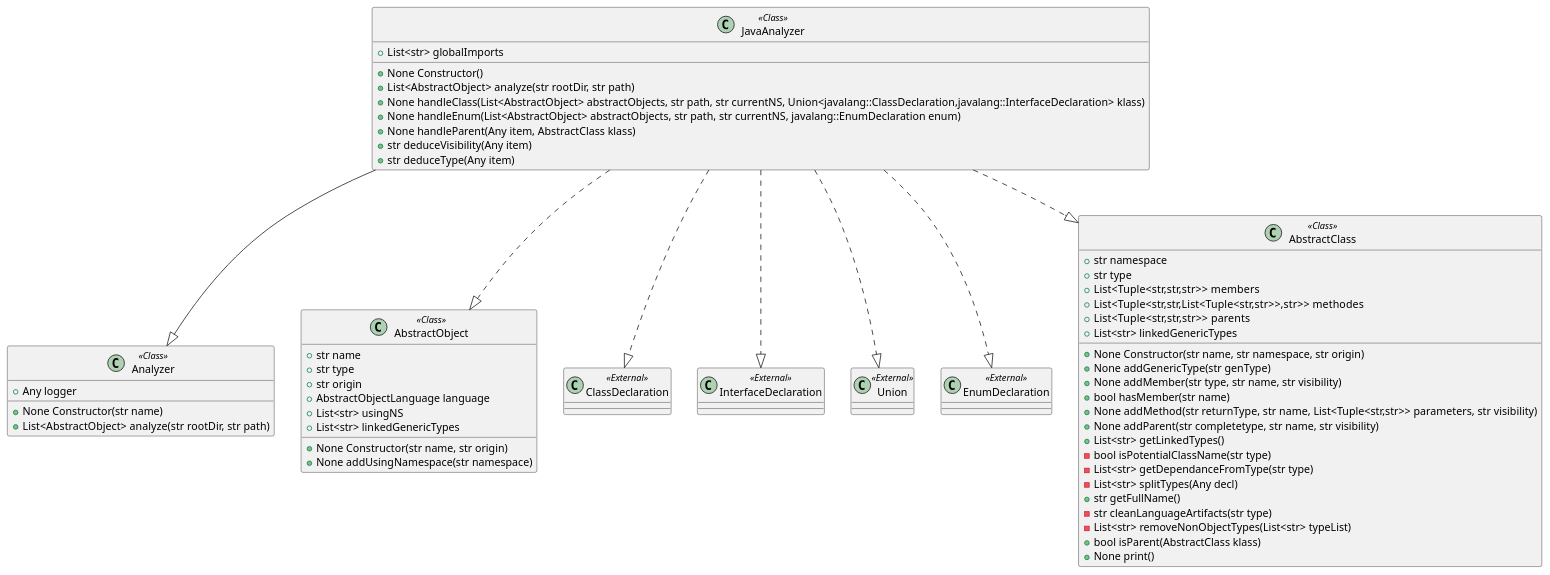
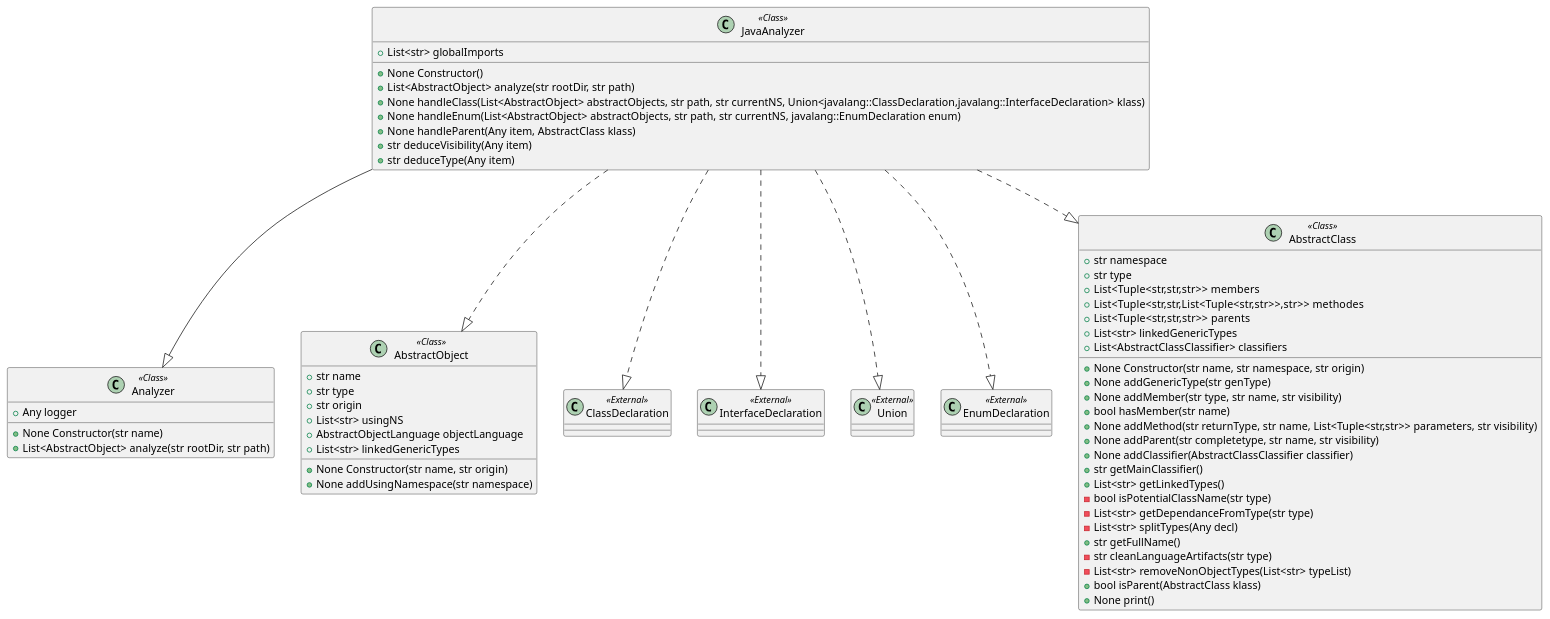
Before and after one commit to miong/pycodeanalyzer: the diagram in docs/source/code/diagrams/pycodeanalyzer_core_languages_analyzers_javaanalyzer_JavaAnalyzer.plantuml, drawn with PlantUML. The commit also changed 60 other files, not shown here.

```diff
--- a/docs/source/code/diagrams/pycodeanalyzer_core_languages_analyzers_javaanalyzer_JavaAnalyzer.plantuml
+++ b/docs/source/code/diagrams/pycodeanalyzer_core_languages_analyzers_javaanalyzer_JavaAnalyzer.plantuml
@@ -1,65 +1,68 @@
 @startuml
 class JavaAnalyzer <<Class>>
 {
 + List<str> globalImports
 +None Constructor()
 +List<AbstractObject> analyze(str rootDir, str path)
 +None handleClass(List<AbstractObject> abstractObjects, str path, str currentNS, Union<javalang::ClassDeclaration,javalang::InterfaceDeclaration> klass)
 +None handleEnum(List<AbstractObject> abstractObjects, str path, str currentNS, javalang::EnumDeclaration enum)
 +None handleParent(Any item, AbstractClass klass)
 +str deduceVisibility(Any item)
 +str deduceType(Any item)
 }
 class Analyzer <<Class>>
 {
 + Any logger
 +None Constructor(str name)
 +List<AbstractObject> analyze(str rootDir, str path)
 }
 class AbstractObject <<Class>>
 {
 + str name
 + str type
 + str origin
-+ AbstractObjectLanguage language
 + List<str> usingNS
++ AbstractObjectLanguage objectLanguage
 + List<str> linkedGenericTypes
 +None Constructor(str name, str origin)
 +None addUsingNamespace(str namespace)
 }
 class ClassDeclaration <<External>>
 class InterfaceDeclaration <<External>>
 class Union <<External>>
 class EnumDeclaration <<External>>
 class AbstractClass <<Class>>
 {
 + str namespace
 + str type
 + List<Tuple<str,str,str>> members
 + List<Tuple<str,str,List<Tuple<str,str>>,str>> methodes
 + List<Tuple<str,str,str>> parents
 + List<str> linkedGenericTypes
++ List<AbstractClassClassifier> classifiers
 +None Constructor(str name, str namespace, str origin)
 +None addGenericType(str genType)
 +None addMember(str type, str name, str visibility)
 +bool hasMember(str name)
 +None addMethod(str returnType, str name, List<Tuple<str,str>> parameters, str visibility)
 +None addParent(str completetype, str name, str visibility)
++None addClassifier(AbstractClassClassifier classifier)
++str getMainClassifier()
 +List<str> getLinkedTypes()
 -bool isPotentialClassName(str type)
 -List<str> getDependanceFromType(str type)
 -List<str> splitTypes(Any decl)
 +str getFullName()
 -str cleanLanguageArtifacts(str type)
 -List<str> removeNonObjectTypes(List<str> typeList)
 +bool isParent(AbstractClass klass)
 +None print()
 }
 JavaAnalyzer --|> Analyzer
 JavaAnalyzer ..|> AbstractObject
 JavaAnalyzer ..|> ClassDeclaration
 JavaAnalyzer ..|> InterfaceDeclaration
 JavaAnalyzer ..|> Union
 JavaAnalyzer ..|> EnumDeclaration
 JavaAnalyzer ..|> AbstractClass
 @enduml
```
